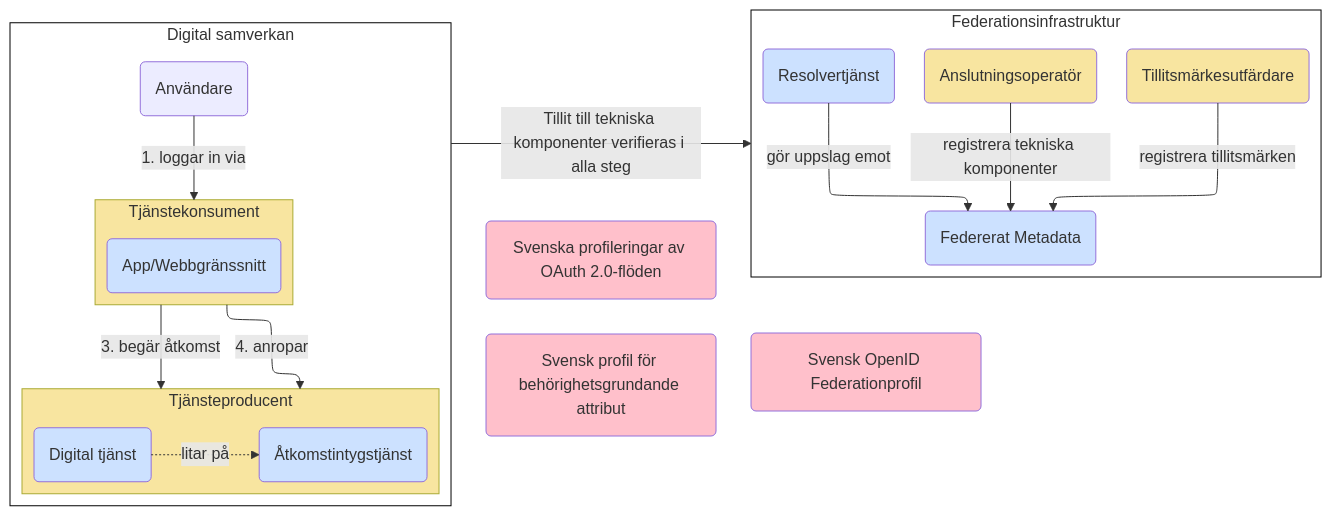
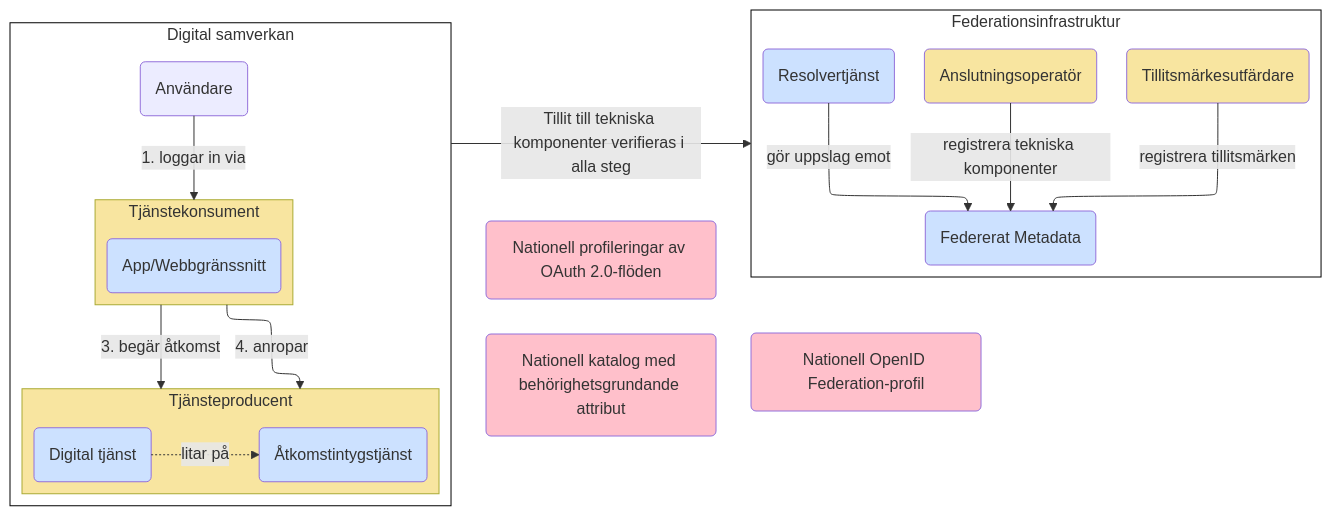
Before and after one commit to diggsweden/ena-authorization: the tenth of 10 diagrams in architecture/drafts/IAM_TargetArchitecture_Sweden.md, drawn with Mermaid. The commit also changed other lines of this file, not shown here.

````diff
--- a/architecture/drafts/IAM_TargetArchitecture_Sweden.md
+++ b/architecture/drafts/IAM_TargetArchitecture_Sweden.md
@@ -459,52 +431,52 @@
 ```mermaid
 %%{init: {"flowchart": {"defaultRenderer": "elk"}} }%%
 flowchart LR
 
 classDef org fill:#F8E5A0
 classDef comp fill:#CCE1FF
 classDef box fill:#ffffff,stroke:#000000
 classDef spec fill:#FFC0CB
 
 subgraph ds[Digital samverkan]
     direction TB
 
     u(Användare)
     subgraph tk[Tjänstekonsument]
         k(App/Webbgränssnitt):::comp
     end
     tk:::org
     u --<p>1. loggar in via-->tk
 
     subgraph tp[Tjänsteproducent]
         t(Digital tjänst)-.litar på.->as(Åtkomstintygstjänst)
         t:::comp
         as:::comp
     end
     tp:::org
     tk--<p>4. anropar-->tp
     tk--<p>3. begär åtkomst-->tp
 end
 ds:::box
 
 subgraph fed[Federationsinfrastruktur]
     direction TB
     r(Resolvertjänst):::comp
     op(Anslutningsoperatör):::org
     tmop(Tillitsmärkesutfärdare):::org
     m(Federerat Metadata):::comp
 
     tmop--registrera tillitsmärken-->m
     op--registrera tekniska komponenter-->m
     r--gör uppslag emot -->m
 end
 fed:::box
 
 ds--<p>Tillit till tekniska komponenter verifieras i alla steg-->fed
 
-oauth(Svenska profileringar av OAuth 2.0-flöden):::spec  
-beh(Svensk profil för behörighetsgrundande attribut):::spec
-oidf(Svensk OpenID Federationprofil):::spec
+oauth(Nationell profileringar av OAuth 2.0-flöden):::spec  
+beh(Nationell katalog med behörighetsgrundande attribut):::spec
+oidf(Nationell OpenID Federation-profil):::spec
 
 ds ~~~ oauth & beh ~~~ oidf
 
 ```
````
